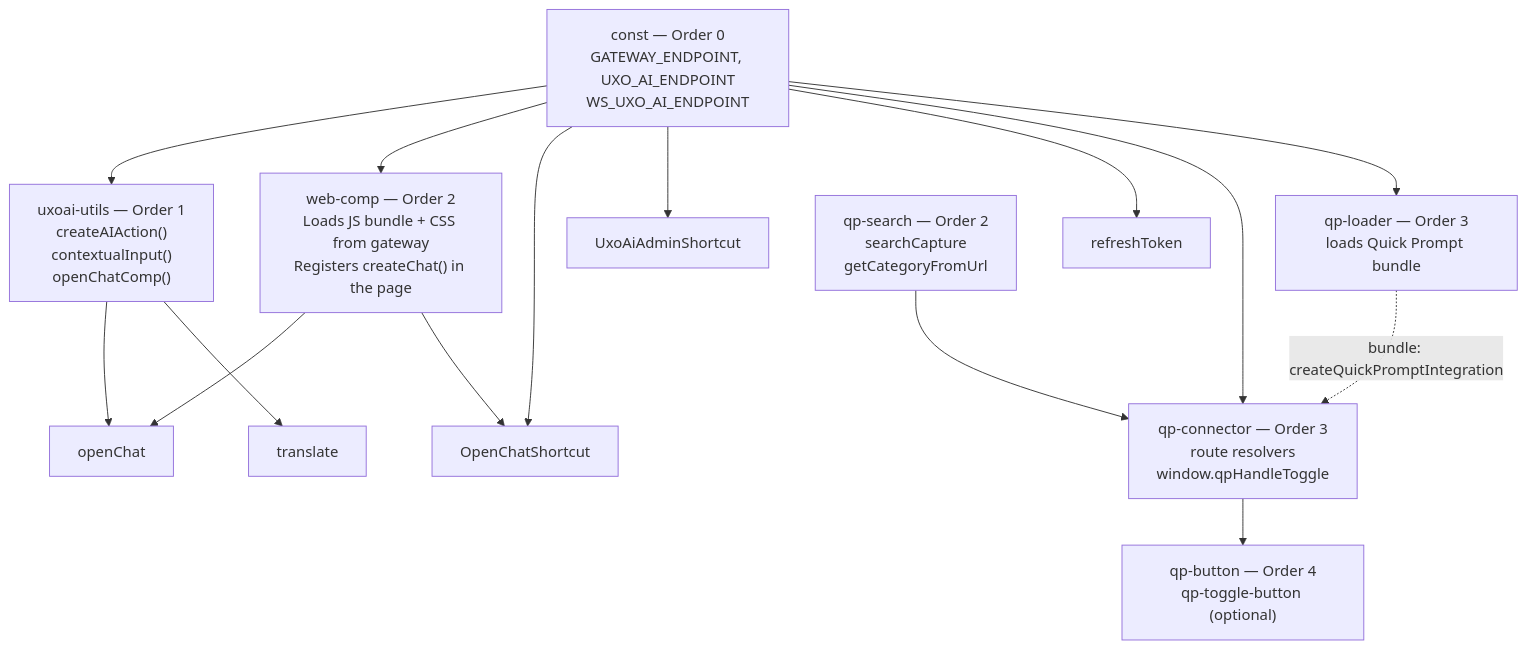
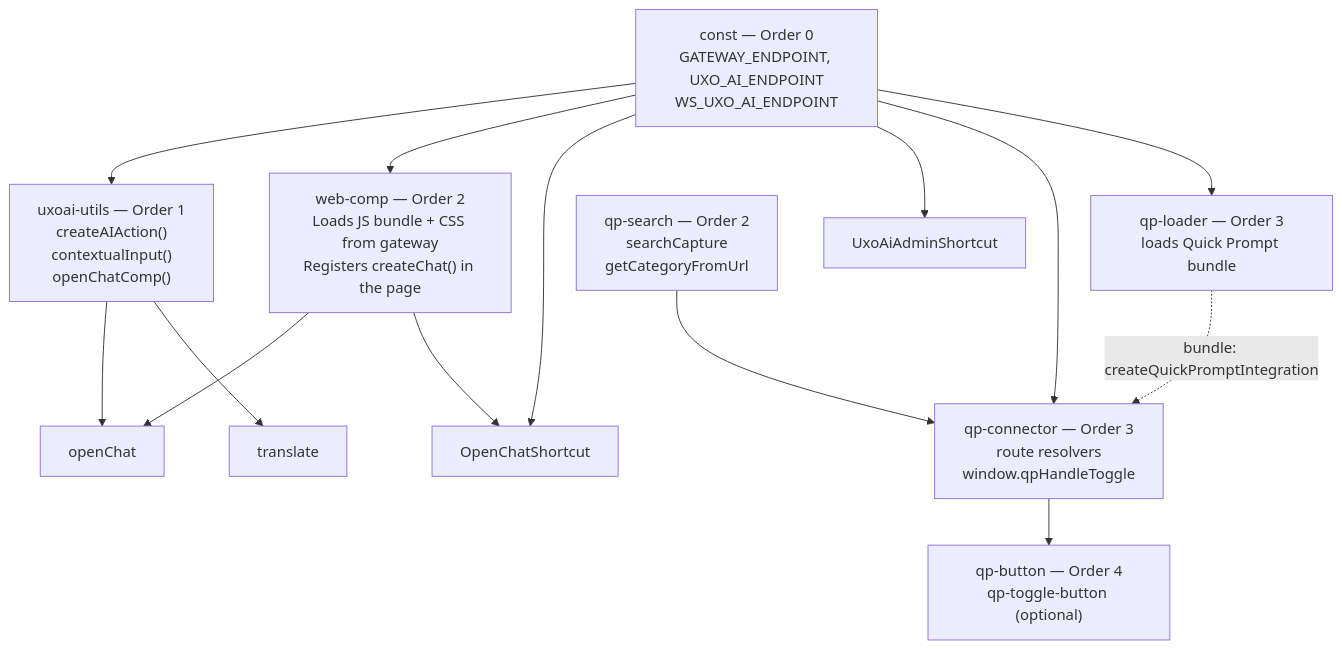
Before and after one commit to Uxopian/uxodocs: the diagram in docs/uxopian-ai/how_to/configure_flowerdocs_scope.mdx, drawn with Mermaid. The commit also changed other lines of this file and 5 other files, not shown here.

First line of the commit message:
docs(uxopian-ai): remove obsolete refreshToken script from FlowerDocs scope

````diff
--- a/docs/uxopian-ai/how_to/configure_flowerdocs_scope.mdx
+++ b/docs/uxopian-ai/how_to/configure_flowerdocs_scope.mdx
@@ -56,32 +54,30 @@
 ```mermaid
 flowchart TD
     consts["const — Order 0<br/>GATEWAY_ENDPOINT, UXO_AI_ENDPOINT<br/>WS_UXO_AI_ENDPOINT"]
     utils["uxoai-utils — Order 1<br/>createAIAction()<br/>contextualInput()<br/>openChatComp()"]
     webcomp["web-comp — Order 2<br/>Loads JS bundle + CSS from gateway<br/>Registers createChat() in the page"]
     openChat["openChat"]
     shortcut["OpenChatShortcut"]
     adminShortcut["UxoAiAdminShortcut"]
-    refresh["refreshToken"]
     translate["translate"]
 
     qpSearch["qp-search — Order 2<br/>searchCapture<br/>getCategoryFromUrl"]
     qpConnector["qp-connector — Order 3<br/>route resolvers<br/>window.qpHandleToggle"]
     qpLoader["qp-loader — Order 3<br/>loads Quick Prompt bundle"]
     qpButton["qp-button — Order 4<br/>qp-toggle-button (optional)"]
 
     consts --> utils
     consts --> webcomp
     consts --> shortcut
     consts --> adminShortcut
-    consts --> refresh
     utils --> openChat
     utils --> translate
     webcomp --> openChat
     webcomp --> shortcut
 
     consts --> qpConnector
     consts --> qpLoader
     qpSearch --> qpConnector
     qpLoader -. "bundle: createQuickPromptIntegration" .-> qpConnector
     qpConnector --> qpButton
 ```
````
